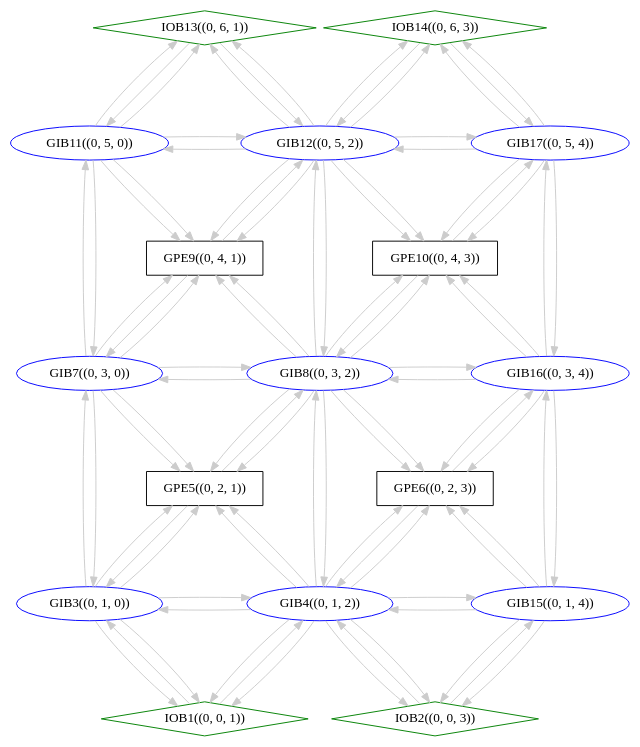
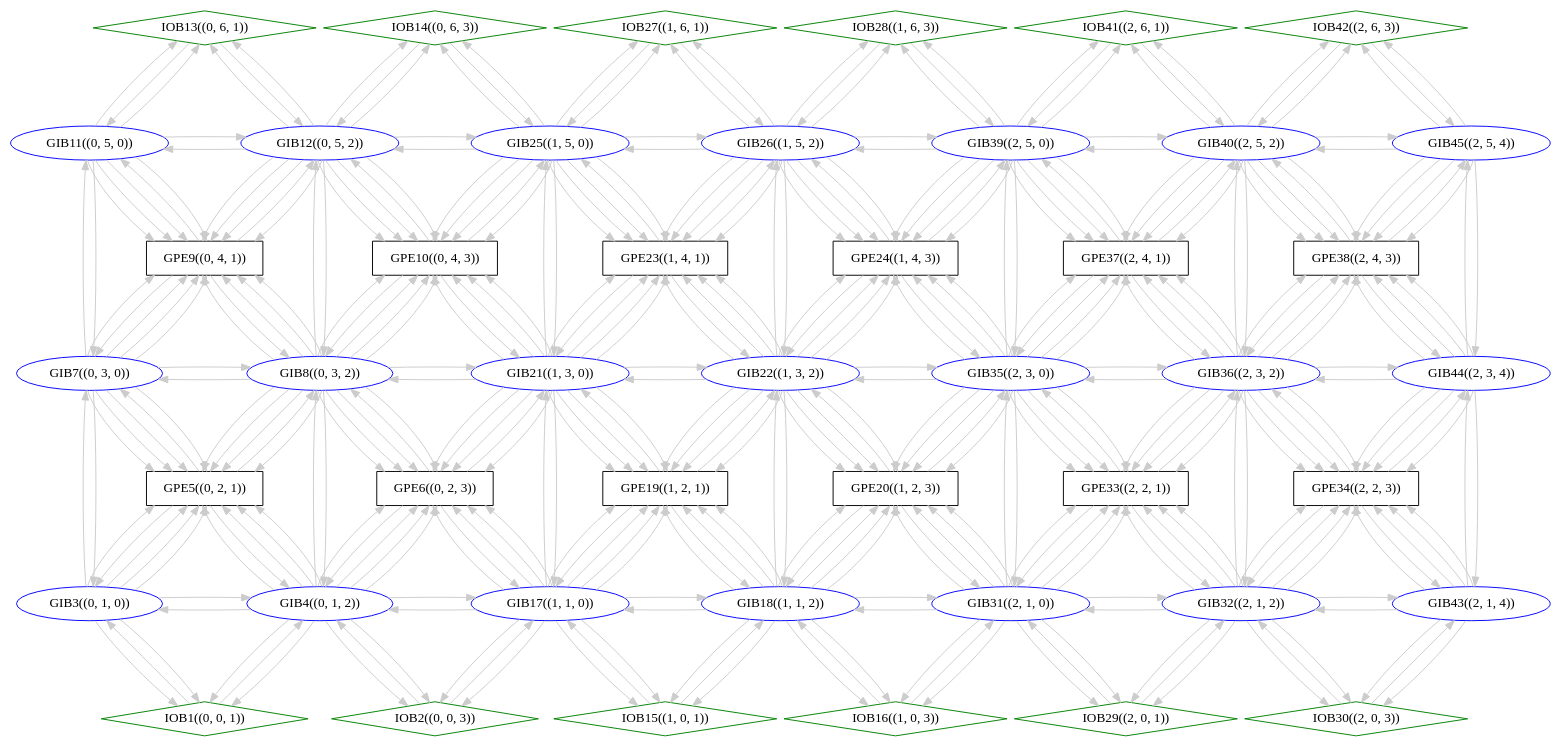
One commit to MIONkb/FDRA changed the diagram in cgra-mg/src/main/vitra_spec/adg.dot. Above: the diagram before and after it, drawn with Graphviz. The commit also changed 18 other files, not shown here.

```diff
--- a/cgra-mg/src/main/vitra_spec/adg.dot
+++ b/cgra-mg/src/main/vitra_spec/adg.dot
@@ -8,104 +8,420 @@
 GIB8[label = "GIB8((0, 3, 2))", color = blue, shape="ellipse", pos="4, 6!"];
 GIB11[label = "GIB11((0, 5, 0))", color = blue, shape="ellipse", pos="0, 10!"];
 GIB12[label = "GIB12((0, 5, 2))", color = blue, shape="ellipse", pos="4, 10!"];
-GIB15[label = "GIB15((0, 1, 4))", color = blue, shape="ellipse", pos="8, 2!"];
-GIB16[label = "GIB16((0, 3, 4))", color = blue, shape="ellipse", pos="8, 6!"];
-GIB17[label = "GIB17((0, 5, 4))", color = blue, shape="ellipse", pos="8, 10!"];
-GPE5[label = "GPE5((0, 2, 1))" , operations= "PASS, ADD, SUB, MUL, SHL, LSHR, ASHR, ACC, ASUB", color = black, shape="box", pos="2, 4!"];
-GPE6[label = "GPE6((0, 2, 3))" , operations= "PASS, ADD, SUB, MUL, SHL, LSHR, ASHR, ACC, ASUB", color = black, shape="box", pos="6, 4!"];
-GPE9[label = "GPE9((0, 4, 1))" , operations= "PASS, ADD, SUB, MUL, SHL, LSHR, ASHR, ACC, ASUB", color = black, shape="box", pos="2, 8!"];
-GPE10[label = "GPE10((0, 4, 3))" , operations= "PASS, ADD, SUB, MUL, SHL, LSHR, ASHR, ACC, ASUB", color = black, shape="box", pos="6, 8!"];
+GIB17[label = "GIB17((1, 1, 0))", color = blue, shape="ellipse", pos="8, 2!"];
+GIB18[label = "GIB18((1, 1, 2))", color = blue, shape="ellipse", pos="12, 2!"];
+GIB21[label = "GIB21((1, 3, 0))", color = blue, shape="ellipse", pos="8, 6!"];
+GIB22[label = "GIB22((1, 3, 2))", color = blue, shape="ellipse", pos="12, 6!"];
+GIB25[label = "GIB25((1, 5, 0))", color = blue, shape="ellipse", pos="8, 10!"];
+GIB26[label = "GIB26((1, 5, 2))", color = blue, shape="ellipse", pos="12, 10!"];
+GIB31[label = "GIB31((2, 1, 0))", color = blue, shape="ellipse", pos="16, 2!"];
+GIB32[label = "GIB32((2, 1, 2))", color = blue, shape="ellipse", pos="20, 2!"];
+GIB35[label = "GIB35((2, 3, 0))", color = blue, shape="ellipse", pos="16, 6!"];
+GIB36[label = "GIB36((2, 3, 2))", color = blue, shape="ellipse", pos="20, 6!"];
+GIB39[label = "GIB39((2, 5, 0))", color = blue, shape="ellipse", pos="16, 10!"];
+GIB40[label = "GIB40((2, 5, 2))", color = blue, shape="ellipse", pos="20, 10!"];
+GIB43[label = "GIB43((2, 1, 4))", color = blue, shape="ellipse", pos="24, 2!"];
+GIB44[label = "GIB44((2, 3, 4))", color = blue, shape="ellipse", pos="24, 6!"];
+GIB45[label = "GIB45((2, 5, 4))", color = blue, shape="ellipse", pos="24, 10!"];
+GPE5[label = "GPE5((0, 2, 1))" , operations= "PASS, ADD, SUB, MUL, SHL, LSHR, ASHR, ACC, ASUB, SEL, BFMUL16, BFSUB16, BFADD16, BFACC16, BFEQ16, BFOLT16, BFOLE16, BFUNO16, ISEL, INTLV4, INTLV3, INTLV2, DEINTLV4, DEINTLV3, DEINTLV2", color = black, shape="box", pos="2, 4!"];
+GPE6[label = "GPE6((0, 2, 3))" , operations= "PASS, ADD, SUB, MUL, SHL, LSHR, ASHR, ACC, ASUB, SEL, BFMUL16, BFSUB16, BFADD16, BFACC16, BFEQ16, BFOLT16, BFOLE16, BFUNO16, ISEL, INTLV4, INTLV3, INTLV2, DEINTLV4, DEINTLV3, DEINTLV2", color = black, shape="box", pos="6, 4!"];
+GPE9[label = "GPE9((0, 4, 1))" , operations= "PASS, ADD, SUB, MUL, SHL, LSHR, ASHR, ACC, ASUB, SEL, BFMUL16, BFSUB16, BFADD16, BFACC16, BFEQ16, BFOLT16, BFOLE16, BFUNO16, ISEL, INTLV4, INTLV3, INTLV2, DEINTLV4, DEINTLV3, DEINTLV2", color = black, shape="box", pos="2, 8!"];
+GPE10[label = "GPE10((0, 4, 3))" , operations= "PASS, ADD, SUB, MUL, SHL, LSHR, ASHR, ACC, ASUB, SEL, BFMUL16, BFSUB16, BFADD16, BFACC16, BFEQ16, BFOLT16, BFOLE16, BFUNO16, ISEL, INTLV4, INTLV3, INTLV2, DEINTLV4, DEINTLV3, DEINTLV2", color = black, shape="box", pos="6, 8!"];
+GPE19[label = "GPE19((1, 2, 1))" , operations= "PASS, ADD, SUB, MUL, SHL, LSHR, ASHR, ACC, ASUB, SEL, BFMUL16, BFSUB16, BFADD16, BFACC16, BFEQ16, BFOLT16, BFOLE16, BFUNO16, ISEL, INTLV4, INTLV3, INTLV2, DEINTLV4, DEINTLV3, DEINTLV2", color = black, shape="box", pos="10, 4!"];
+GPE20[label = "GPE20((1, 2, 3))" , operations= "PASS, ADD, SUB, MUL, SHL, LSHR, ASHR, ACC, ASUB, SEL, BFMUL16, BFSUB16, BFADD16, BFACC16, BFEQ16, BFOLT16, BFOLE16, BFUNO16, ISEL, INTLV4, INTLV3, INTLV2, DEINTLV4, DEINTLV3, DEINTLV2", color = black, shape="box", pos="14, 4!"];
+GPE23[label = "GPE23((1, 4, 1))" , operations= "PASS, ADD, SUB, MUL, SHL, LSHR, ASHR, ACC, ASUB, SEL, BFMUL16, BFSUB16, BFADD16, BFACC16, BFEQ16, BFOLT16, BFOLE16, BFUNO16, ISEL, INTLV4, INTLV3, INTLV2, DEINTLV4, DEINTLV3, DEINTLV2", color = black, shape="box", pos="10, 8!"];
+GPE24[label = "GPE24((1, 4, 3))" , operations= "PASS, ADD, SUB, MUL, SHL, LSHR, ASHR, ACC, ASUB, SEL, BFMUL16, BFSUB16, BFADD16, BFACC16, BFEQ16, BFOLT16, BFOLE16, BFUNO16, ISEL, INTLV4, INTLV3, INTLV2, DEINTLV4, DEINTLV3, DEINTLV2", color = black, shape="box", pos="14, 8!"];
+GPE33[label = "GPE33((2, 2, 1))" , operations= "PASS, ADD, SUB, MUL, SHL, LSHR, ASHR, ACC, ASUB, SEL, BFMUL16, BFSUB16, BFADD16, BFACC16, BFEQ16, BFOLT16, BFOLE16, BFUNO16, ISEL, INTLV4, INTLV3, INTLV2, DEINTLV4, DEINTLV3, DEINTLV2", color = black, shape="box", pos="18, 4!"];
+GPE34[label = "GPE34((2, 2, 3))" , operations= "PASS, ADD, SUB, MUL, SHL, LSHR, ASHR, ACC, ASUB, SEL, BFMUL16, BFSUB16, BFADD16, BFACC16, BFEQ16, BFOLT16, BFOLE16, BFUNO16, ISEL, INTLV4, INTLV3, INTLV2, DEINTLV4, DEINTLV3, DEINTLV2", color = black, shape="box", pos="22, 4!"];
+GPE37[label = "GPE37((2, 4, 1))" , operations= "PASS, ADD, SUB, MUL, SHL, LSHR, ASHR, ACC, ASUB, SEL, BFMUL16, BFSUB16, BFADD16, BFACC16, BFEQ16, BFOLT16, BFOLE16, BFUNO16, ISEL, INTLV4, INTLV3, INTLV2, DEINTLV4, DEINTLV3, DEINTLV2", color = black, shape="box", pos="18, 8!"];
+GPE38[label = "GPE38((2, 4, 3))" , operations= "PASS, ADD, SUB, MUL, SHL, LSHR, ASHR, ACC, ASUB, SEL, BFMUL16, BFSUB16, BFADD16, BFACC16, BFEQ16, BFOLT16, BFOLE16, BFUNO16, ISEL, INTLV4, INTLV3, INTLV2, DEINTLV4, DEINTLV3, DEINTLV2", color = black, shape="box", pos="22, 8!"];
 IOB1[label = "IOB1((0, 0, 1))", color = green, shape="diamond", pos="2, 0!"];
 IOB2[label = "IOB2((0, 0, 3))", color = green, shape="diamond", pos="6, 0!"];
 IOB13[label = "IOB13((0, 6, 1))", color = green, shape="diamond", pos="2, 12!"];
 IOB14[label = "IOB14((0, 6, 3))", color = green, shape="diamond", pos="6, 12!"];
+IOB15[label = "IOB15((1, 0, 1))", color = green, shape="diamond", pos="10, 0!"];
+IOB16[label = "IOB16((1, 0, 3))", color = green, shape="diamond", pos="14, 0!"];
+IOB27[label = "IOB27((1, 6, 1))", color = green, shape="diamond", pos="10, 12!"];
+IOB28[label = "IOB28((1, 6, 3))", color = green, shape="diamond", pos="14, 12!"];
+IOB29[label = "IOB29((2, 0, 1))", color = green, shape="diamond", pos="18, 0!"];
+IOB30[label = "IOB30((2, 0, 3))", color = green, shape="diamond", pos="22, 0!"];
+IOB41[label = "IOB41((2, 6, 1))", color = green, shape="diamond", pos="18, 12!"];
+IOB42[label = "IOB42((2, 6, 3))", color = green, shape="diamond", pos="22, 12!"];
 
+GIB8->GPE10[color = gray80];
+GIB21->GPE10[color = gray80];
+GIB44->GPE38[color = gray80];
+GIB31->GPE20[color = gray80];
+GIB3->IOB1[color = gray80];
+GIB7->GIB11[color = gray80];
+GIB45->GPE38[color = gray80];
+GPE34->GIB44[color = gray80];
+IOB27->GIB26[color = gray80];
+GIB32->GIB36[color = gray80];
+GIB32->IOB29[color = gray80];
+GPE20->GIB18[color = gray80];
+GIB21->GPE6[color = gray80];
+GIB40->GPE37[color = gray80];
 IOB1->GIB4[color = gray80];
-GIB16->GIB15[color = gray80];
-GIB17->IOB14[color = gray80];
-GPE6->GIB16[color = gray80];
-GIB17->IOB14[color = gray80];
-GIB16->GIB17[color = gray80];
-GIB15->GIB4[color = gray80];
-GIB16->GPE10[color = gray80];
+GIB31->GPE33[color = gray80];
+GIB21->GIB17[color = gray80];
+GIB31->IOB16[color = gray80];
+GIB35->GPE33[color = gray80];
+GIB8->GIB21[color = gray80];
+GIB31->GIB18[color = gray80];
+GIB12->IOB13[color = gray80];
+GIB11->GPE9[color = gray80];
+GIB17->GPE19[color = gray80];
+GIB43->IOB30[color = gray80];
+GIB21->GPE19[color = gray80];
+GIB21->GPE23[color = gray80];
+GIB26->GPE23[color = gray80];
+GIB8->GPE6[color = gray80];
+GIB4->GPE5[color = gray80];
+GIB32->GPE34[color = gray80];
+GIB36->GPE37[color = gray80];
+GIB40->GPE38[color = gray80];
+GPE5->GIB8[color = gray80];
+GIB4->GPE5[color = gray80];
+GIB39->IOB41[color = gray80];
+GIB8->GPE9[color = gray80];
+IOB13->GIB12[color = gray80];
+GIB26->GPE23[color = gray80];
+GIB44->GIB43[color = gray80];
+GIB17->GPE6[color = gray80];
+GIB43->GPE34[color = gray80];
+GIB26->GPE24[color = gray80];
+GIB22->GPE19[color = gray80];
+GIB18->IOB15[color = gray80];
+GIB45->IOB42[color = gray80];
+GPE23->GIB22[color = gray80];
+GIB3->GPE5[color = gray80];
+GPE6->GIB4[color = gray80];
+GIB17->IOB2[color = gray80];
+GPE33->GIB35[color = gray80];
+GPE38->GIB40[color = gray80];
+GIB21->GPE19[color = gray80];
+GIB39->GPE24[color = gray80];
+GIB32->GPE34[color = gray80];
+GIB11->GPE9[color = gray80];
+GIB36->GPE38[color = gray80];
+GIB7->GIB3[color = gray80];
+IOB41->GIB39[color = gray80];
+GIB7->GPE5[color = gray80];
+GIB31->IOB16[color = gray80];
+GIB18->GPE20[color = gray80];
+GIB22->GPE23[color = gray80];
+GIB40->GPE38[color = gray80];
+GPE10->GIB21[color = gray80];
+GIB35->GPE20[color = gray80];
+GIB21->GIB8[color = gray80];
+GIB44->GPE38[color = gray80];
+GIB8->GIB7[color = gray80];
+GIB45->GPE38[color = gray80];
+GIB21->GIB22[color = gray80];
+IOB29->GIB32[color = gray80];
+GIB18->GPE19[color = gray80];
+GIB36->GPE33[color = gray80];
+GIB12->GPE9[color = gray80];
+IOB28->GIB39[color = gray80];
+GIB36->GPE34[color = gray80];
+IOB16->GIB18[color = gray80];
+GIB4->IOB1[color = gray80];
+IOB42->GIB40[color = gray80];
+GIB17->GIB21[color = gray80];
+GIB12->GIB11[color = gray80];
+GIB25->IOB27[color = gray80];
+GPE6->GIB17[color = gray80];
+GIB39->GIB26[color = gray80];
+GPE37->GIB35[color = gray80];
+GIB12->GPE10[color = gray80];
+GIB39->GPE37[color = gray80];
+GIB36->GPE34[color = gray80];
+GIB31->IOB29[color = gray80];
+GIB32->GPE33[color = gray80];
+GIB25->GPE10[color = gray80];
+GIB31->GPE20[color = gray80];
+GIB4->IOB2[color = gray80];
+GIB12->GPE9[color = gray80];
+GPE6->GIB21[color = gray80];
+GIB4->GIB8[color = gray80];
+GPE24->GIB26[color = gray80];
+GIB39->IOB28[color = gray80];
+GIB40->GIB45[color = gray80];
+GIB40->GIB36[color = gray80];
+GIB36->GPE37[color = gray80];
+GPE19->GIB21[color = gray80];
+GIB22->GPE24[color = gray80];
+GIB18->GPE20[color = gray80];
+GIB8->GPE5[color = gray80];
+GIB40->IOB41[color = gray80];
+GIB44->GPE38[color = gray80];
+GIB7->GPE5[color = gray80];
+GIB4->GPE6[color = gray80];
+GIB35->GPE37[color = gray80];
+GIB8->GPE10[color = gray80];
+GIB35->GPE33[color = gray80];
+GIB3->GPE5[color = gray80];
+IOB27->GIB25[color = gray80];
+GIB17->IOB2[color = gray80];
+GIB39->GPE24[color = gray80];
+IOB29->GIB31[color = gray80];
+GIB26->GPE24[color = gray80];
+GPE38->GIB36[color = gray80];
+GIB44->GPE34[color = gray80];
+GPE9->GIB8[color = gray80];
+IOB14->GIB25[color = gray80];
+GIB31->GIB32[color = gray80];
+GPE33->GIB36[color = gray80];
+GIB35->GPE24[color = gray80];
+GIB36->GPE38[color = gray80];
+GIB22->GPE19[color = gray80];
+GIB11->IOB13[color = gray80];
+GPE23->GIB21[color = gray80];
+GIB8->GPE9[color = gray80];
+GIB43->GPE34[color = gray80];
+GIB22->GPE20[color = gray80];
+IOB28->GIB26[color = gray80];
+GIB39->GIB40[color = gray80];
+GPE10->GIB12[color = gray80];
+GIB22->GPE24[color = gray80];
+GIB21->GIB25[color = gray80];
+GIB25->IOB14[color = gray80];
+IOB30->GIB32[color = gray80];
+GIB17->GPE6[color = gray80];
+GIB36->GIB32[color = gray80];
+GIB17->IOB15[color = gray80];
+GIB35->GPE24[color = gray80];
+GIB21->GPE23[color = gray80];
+IOB13->GIB11[color = gray80];
+IOB15->GIB18[color = gray80];
+GIB4->GPE6[color = gray80];
+GIB43->GIB32[color = gray80];
+GIB26->IOB27[color = gray80];
+GIB12->GPE10[color = gray80];
 GIB3->IOB1[color = gray80];
-GIB12->IOB13[color = gray80];
-GIB12->GIB8[color = gray80];
-GPE9->GIB12[color = gray80];
+GIB31->GPE33[color = gray80];
+GIB44->GPE34[color = gray80];
+GIB17->GIB18[color = gray80];
+GIB40->GPE37[color = gray80];
+IOB15->GIB17[color = gray80];
+GIB45->IOB42[color = gray80];
+GIB35->GPE20[color = gray80];
+GIB25->GPE10[color = gray80];
+GIB22->GIB35[color = gray80];
+GIB35->GPE37[color = gray80];
+GIB22->GPE20[color = gray80];
+GIB18->GPE19[color = gray80];
+GIB40->IOB42[color = gray80];
+GIB8->GPE6[color = gray80];
+GPE19->GIB22[color = gray80];
+IOB14->GIB12[color = gray80];
+GIB18->GPE19[color = gray80];
+GIB44->GIB45[color = gray80];
 GIB8->GPE5[color = gray80];
+GPE5->GIB3[color = gray80];
+GIB36->GPE33[color = gray80];
+GPE9->GIB7[color = gray80];
+GIB25->GPE23[color = gray80];
+GIB35->GPE37[color = gray80];
+GIB22->GPE23[color = gray80];
+GPE23->GIB26[color = gray80];
+GIB4->GPE5[color = gray80];
+GIB8->GPE6[color = gray80];
+GIB32->GPE34[color = gray80];
+GIB36->GPE34[color = gray80];
 GIB11->GPE9[color = gray80];
-GIB8->GPE5[color = gray80];
-GIB3->GIB7[color = gray80];
-IOB13->GIB12[color = gray80];
-GIB4->GPE5[color = gray80];
-GIB12->GPE10[color = gray80];
-GIB7->GIB8[color = gray80];
-GIB12->GIB17[color = gray80];
-GIB4->GPE6[color = gray80];
-GIB11->GIB12[color = gray80];
-GIB4->IOB1[color = gray80];
-GIB15->GPE6[color = gray80];
-GIB4->IOB2[color = gray80];
-GIB8->GIB12[color = gray80];
-GIB15->GIB16[color = gray80];
-GIB17->GPE10[color = gray80];
-GIB4->GPE5[color = gray80];
-GIB7->GPE9[color = gray80];
-GIB4->GPE6[color = gray80];
-GIB11->GPE9[color = gray80];
-GIB11->IOB13[color = gray80];
-GIB11->GIB7[color = gray80];
-IOB13->GIB11[color = gray80];
-GPE9->GIB7[color = gray80];
-GIB15->GPE6[color = gray80];
-GIB3->IOB1[color = gray80];
-GIB12->GPE10[color = gray80];
-IOB2->GIB15[color = gray80];
-IOB14->GIB12[color = gray80];
-GPE6->GIB4[color = gray80];
-GIB7->GPE9[color = gray80];
+GIB12->GIB25[color = gray80];
+GIB36->GPE33[color = gray80];
+GIB22->GIB18[color = gray80];
+GIB39->IOB41[color = gray80];
 GIB7->GPE5[color = gray80];
 GIB8->GPE10[color = gray80];
-GIB12->GIB11[color = gray80];
-GPE5->GIB8[color = gray80];
-GIB17->GPE10[color = gray80];
 GIB12->IOB13[color = gray80];
-GIB8->GIB7[color = gray80];
+GIB8->GPE9[color = gray80];
+GPE37->GIB36[color = gray80];
+GIB17->GPE19[color = gray80];
+GIB7->GPE9[color = gray80];
+GIB35->GIB36[color = gray80];
+GIB35->GPE20[color = gray80];
+GIB25->GPE23[color = gray80];
+GIB45->GPE38[color = gray80];
+GIB12->GIB8[color = gray80];
+GPE19->GIB18[color = gray80];
+GIB26->GPE23[color = gray80];
+GIB21->GPE23[color = gray80];
+GIB21->GPE6[color = gray80];
+GIB39->IOB28[color = gray80];
+GIB35->GPE33[color = gray80];
+GIB3->GIB4[color = gray80];
+GPE24->GIB35[color = gray80];
+GIB4->IOB2[color = gray80];
+GIB35->GIB22[color = gray80];
+GIB36->GPE38[color = gray80];
+GIB4->GPE6[color = gray80];
+GIB44->GPE34[color = gray80];
+GPE10->GIB8[color = gray80];
+GIB21->GPE10[color = gray80];
+GIB36->GPE37[color = gray80];
+GIB32->GPE33[color = gray80];
+GIB22->GIB21[color = gray80];
+GIB25->GPE10[color = gray80];
+GIB40->GPE38[color = gray80];
+GIB26->IOB28[color = gray80];
+GIB26->GIB25[color = gray80];
+GIB11->GIB12[color = gray80];
+GPE9->GIB11[color = gray80];
+GIB22->GPE19[color = gray80];
+GIB26->GPE24[color = gray80];
+IOB42->GIB45[color = gray80];
+GIB45->GIB40[color = gray80];
+GPE20->GIB31[color = gray80];
+GIB32->IOB29[color = gray80];
+GIB17->GPE6[color = gray80];
+GIB31->GIB35[color = gray80];
+GIB18->IOB16[color = gray80];
+GIB36->GPE33[color = gray80];
+GIB35->GPE24[color = gray80];
+GIB39->GPE37[color = gray80];
+GIB25->IOB27[color = gray80];
+GIB35->GPE37[color = gray80];
+GIB31->GPE33[color = gray80];
+GIB22->GPE20[color = gray80];
+GPE5->GIB4[color = gray80];
+GIB39->GPE24[color = gray80];
+GIB4->IOB1[color = gray80];
+GPE20->GIB35[color = gray80];
+GIB8->GIB4[color = gray80];
+GIB18->GPE20[color = gray80];
+GIB45->GIB44[color = gray80];
+GIB32->IOB30[color = gray80];
+GIB18->GIB22[color = gray80];
+GIB21->GPE6[color = gray80];
+GPE38->GIB45[color = gray80];
+IOB30->GIB43[color = gray80];
+GIB17->GIB4[color = gray80];
+GIB22->GPE24[color = gray80];
+GIB17->GPE19[color = gray80];
+GIB7->GPE9[color = gray80];
+GIB12->GPE9[color = gray80];
+GPE34->GIB36[color = gray80];
+GIB3->GPE5[color = gray80];
+GPE33->GIB31[color = gray80];
+GIB21->GPE19[color = gray80];
+GIB25->IOB14[color = gray80];
+GIB32->GIB31[color = gray80];
+GIB40->IOB42[color = gray80];
+GIB40->GPE37[color = gray80];
+GIB7->GPE9[color = gray80];
+GPE9->GIB12[color = gray80];
+GIB26->GPE24[color = gray80];
+GIB39->GIB35[color = gray80];
+GIB12->IOB14[color = gray80];
+GIB32->GIB43[color = gray80];
+GIB18->IOB15[color = gray80];
+GIB36->GIB40[color = gray80];
+GIB43->GPE34[color = gray80];
+GIB8->GPE5[color = gray80];
+GIB22->GPE23[color = gray80];
+GIB25->GPE23[color = gray80];
+GIB35->GIB39[color = gray80];
+GIB22->GPE19[color = gray80];
+GIB11->IOB13[color = gray80];
+GIB12->GPE10[color = gray80];
+GIB21->GPE23[color = gray80];
+GPE37->GIB39[color = gray80];
+GIB17->GPE19[color = gray80];
+GIB8->GPE6[color = gray80];
+GIB21->GPE10[color = gray80];
+GIB44->GPE34[color = gray80];
+GIB7->GIB8[color = gray80];
+GIB18->GIB17[color = gray80];
+IOB16->GIB31[color = gray80];
+GIB25->GPE10[color = gray80];
+GIB36->GIB44[color = gray80];
+GIB31->IOB29[color = gray80];
+GPE24->GIB39[color = gray80];
+GIB36->GPE38[color = gray80];
+GIB4->GPE6[color = gray80];
+GIB39->GPE37[color = gray80];
+GIB7->GPE5[color = gray80];
+GIB40->IOB41[color = gray80];
+GIB26->GPE23[color = gray80];
+GPE20->GIB22[color = gray80];
+GIB26->IOB28[color = gray80];
+GIB4->GPE5[color = gray80];
+GPE19->GIB17[color = gray80];
+GIB45->GPE38[color = gray80];
+GIB8->GPE9[color = gray80];
+GIB21->GPE6[color = gray80];
+IOB2->GIB4[color = gray80];
+GIB12->GPE10[color = gray80];
+GIB25->GIB21[color = gray80];
+GIB32->GPE33[color = gray80];
+GIB44->GPE38[color = gray80];
+GIB3->GIB7[color = gray80];
+GIB36->GPE34[color = gray80];
+GIB25->GIB12[color = gray80];
+GIB11->GPE9[color = gray80];
+GIB31->GPE20[color = gray80];
+GIB18->GIB31[color = gray80];
+GIB22->GIB26[color = gray80];
+GIB32->GPE34[color = gray80];
+GIB21->GPE19[color = gray80];
+GIB36->GPE37[color = gray80];
+GPE37->GIB40[color = gray80];
+GPE5->GIB7[color = gray80];
+GIB18->GPE19[color = gray80];
+GIB8->GPE5[color = gray80];
+GIB7->GPE9[color = gray80];
+GPE23->GIB25[color = gray80];
+GIB32->GPE33[color = gray80];
+GIB43->GIB44[color = gray80];
+GIB22->GPE20[color = gray80];
+IOB41->GIB40[color = gray80];
+GIB25->GPE23[color = gray80];
+GIB3->GPE5[color = gray80];
+GIB39->GPE37[color = gray80];
+GIB26->GIB22[color = gray80];
+GIB43->IOB30[color = gray80];
+GIB31->GPE33[color = gray80];
+GIB22->GPE24[color = gray80];
+IOB2->GIB17[color = gray80];
+GPE33->GIB32[color = gray80];
+GIB35->GIB31[color = gray80];
+GPE10->GIB25[color = gray80];
+GIB35->GPE20[color = gray80];
+GIB26->GIB39[color = gray80];
+IOB1->GIB3[color = gray80];
+GPE34->GIB32[color = gray80];
+GIB17->IOB15[color = gray80];
+GIB26->IOB27[color = gray80];
+GIB43->GPE34[color = gray80];
 GIB4->GIB3[color = gray80];
-GIB17->GIB16[color = gray80];
-GIB16->GIB8[color = gray80];
-GIB16->GPE6[color = gray80];
-GIB4->IOB2[color = gray80];
-GIB12->GPE9[color = gray80];
-GIB4->IOB1[color = gray80];
-GIB8->GIB16[color = gray80];
-GIB8->GPE9[color = gray80];
-GIB7->GIB3[color = gray80];
-GIB15->IOB2[color = gray80];
-GIB3->GPE5[color = gray80];
-GIB8->GIB4[color = gray80];
-IOB14->GIB17[color = gray80];
+GIB36->GIB35[color = gray80];
 GIB12->IOB14[color = gray80];
-GIB8->GPE6[color = gray80];
-GIB11->IOB13[color = gray80];
-GPE10->GIB17[color = gray80];
 GIB8->GPE10[color = gray80];
 GIB12->GPE9[color = gray80];
-GPE5->GIB3[color = gray80];
-GIB4->GIB8[color = gray80];
-GIB7->GPE5[color = gray80];
-IOB2->GIB4[color = gray80];
-GIB16->GPE6[color = gray80];
-GIB7->GIB11[color = gray80];
-GIB4->GIB15[color = gray80];
-GIB8->GPE9[color = gray80];
-GIB8->GPE6[color = gray80];
-GIB3->GIB4[color = gray80];
-GIB3->GPE5[color = gray80];
-IOB1->GIB3[color = gray80];
-GIB17->GIB12[color = gray80];
-GPE10->GIB8[color = gray80];
-GIB12->IOB14[color = gray80];
-GIB16->GPE10[color = gray80];
-GIB15->IOB2[color = gray80];
+GIB22->GPE23[color = gray80];
+GIB35->GPE33[color = gray80];
+GIB44->GIB36[color = gray80];
+GIB18->IOB16[color = gray80];
+GPE6->GIB8[color = gray80];
+GIB18->GPE20[color = gray80];
+GPE24->GIB22[color = gray80];
+GIB40->GPE38[color = gray80];
+GIB40->GPE37[color = gray80];
+GIB25->GIB26[color = gray80];
+GIB35->GPE24[color = gray80];
+GPE34->GIB43[color = gray80];
+GIB31->GPE20[color = gray80];
+GIB21->GPE10[color = gray80];
+GIB8->GIB12[color = gray80];
+GIB17->GPE6[color = gray80];
+GIB32->IOB30[color = gray80];
+GIB39->GPE24[color = gray80];
+GIB40->GIB39[color = gray80];
+GIB4->GIB17[color = gray80];
+GPE38->GIB44[color = gray80];
+GIB11->GIB7[color = gray80];
 }
```
